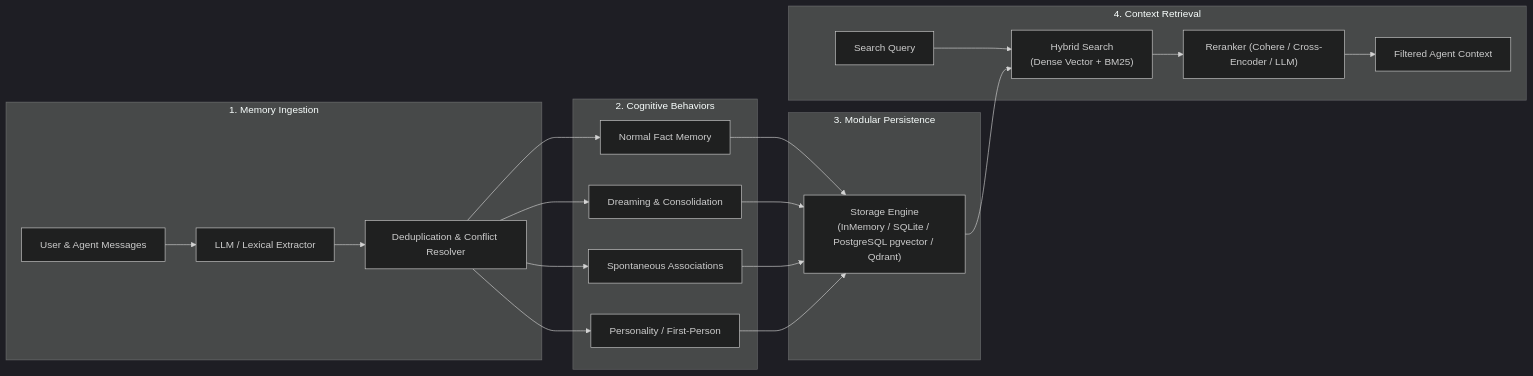
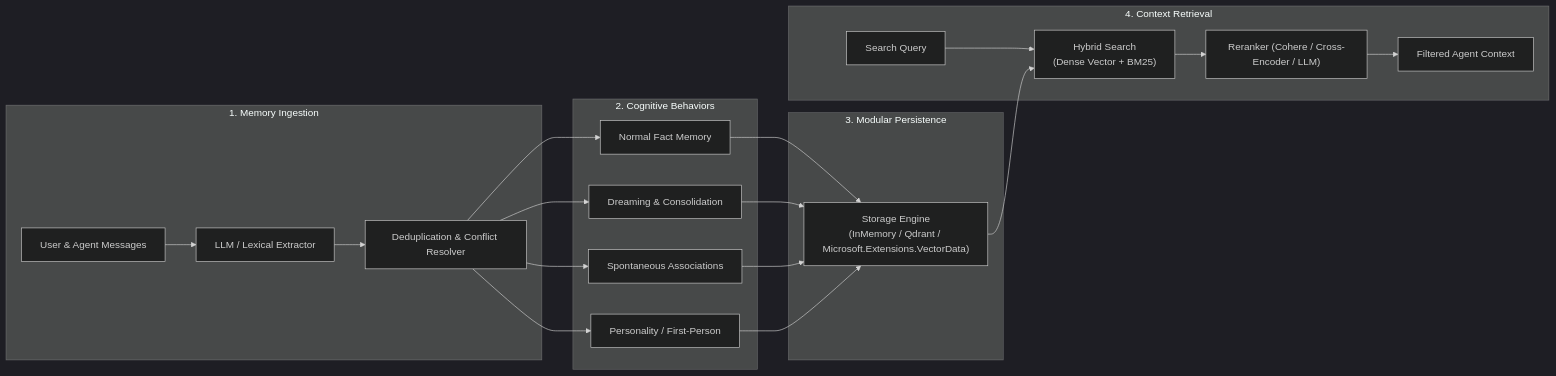
The diagram in README.md (jihadkhawaja/magicore), drawn with Mermaid (dark theme) before and after one commit. The commit also changed other lines of this file and 69 other files, not shown here.

First line of the commit message:
Refactor memory store tests and integrate VectorDataMemoryStore

````diff
--- a/README.md
+++ b/README.md
@@ -60,25 +60,25 @@
 ```mermaid
 flowchart LR
     subgraph Ingestion["1. Memory Ingestion"]
         Msg["User & Agent Messages"] --> Extractor["LLM / Lexical Extractor"]
         Extractor --> Dedupe["Deduplication & Conflict Resolver"]
     end
 
     subgraph Behaviors["2. Cognitive Behaviors"]
         Dedupe --> Normal["Normal Fact Memory"]
         Dedupe --> Dream["Dreaming & Consolidation"]
         Dedupe --> Assoc["Spontaneous Associations"]
         Dedupe --> Identity["Personality / First-Person"]
     end
 
     subgraph Storage["3. Modular Persistence"]
-        Normal & Dream & Assoc & Identity --> Store["Storage Engine<br/>(InMemory / SQLite / PostgreSQL pgvector / Qdrant)"]
+        Normal & Dream & Assoc & Identity --> Store["Storage Engine<br/>(InMemory / Qdrant / Microsoft.Extensions.VectorData)"]
     end
 
     subgraph Retrieval["4. Context Retrieval"]
         Query["Search Query"] --> Hybrid["Hybrid Search<br/>(Dense Vector + BM25)"]
         Store --> Hybrid
         Hybrid --> Rerank["Reranker (Cohere / Cross-Encoder / LLM)"]
         Rerank --> Context["Filtered Agent Context"]
     end
 ```
````
